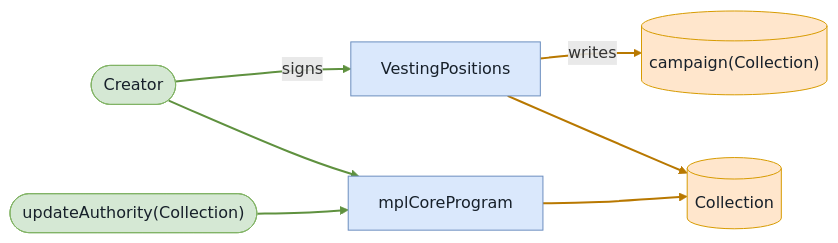
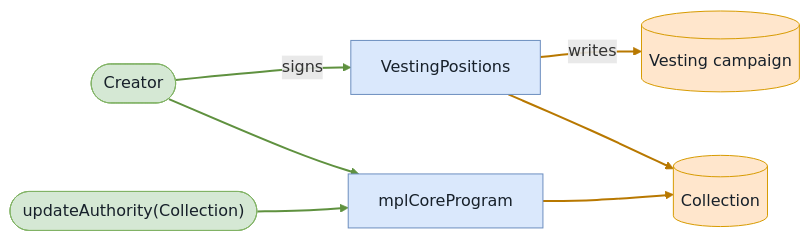
Before and after one commit to cds-turbin3/vesting-position: the eighth of 12 diagrams in babelfish-tests/test-report/collection_freeze_does_not_block_existing_transferable_positions.md, drawn with Mermaid. The commit also changed other lines of this file and 104 other files, not shown here.

````diff
--- a/babelfish-tests/test-report/collection_freeze_does_not_block_existing_transferable_positions.md
+++ b/babelfish-tests/test-report/collection_freeze_does_not_block_existing_transferable_positions.md
@@ -393,20 +393,20 @@
 ```mermaid
 flowchart LR
     VestingPositions["VestingPositions"]:::program
     Creator(["Creator"]):::signer
-    campaignCollection[("campaign(Collection)")]:::state
+    Vestingcampaign[("Vesting campaign")]:::state
     Collection[("Collection")]:::state
     mplCoreProgram["mplCoreProgram"]:::program
     updateAuthorityCollection(["updateAuthority(Collection)"]):::signer
     Creator -->|signs| VestingPositions
-    VestingPositions -->|writes| campaignCollection
+    VestingPositions -->|writes| Vestingcampaign
     VestingPositions --> Collection
     mplCoreProgram --> Collection
     Creator --> mplCoreProgram
     updateAuthorityCollection --> mplCoreProgram
     classDef program fill:#dae8fc,stroke:#6c8ebf,color:#17202a;
     classDef signer fill:#d5e8d4,stroke:#82b366,color:#17202a;
     classDef state fill:#ffe6cc,stroke:#d79b00,color:#17202a;
     linkStyle 0,4,5 stroke:#5f913f,stroke-width:2px
     linkStyle 1,2,3 stroke:#b87800,stroke-width:2px
 ```
````
